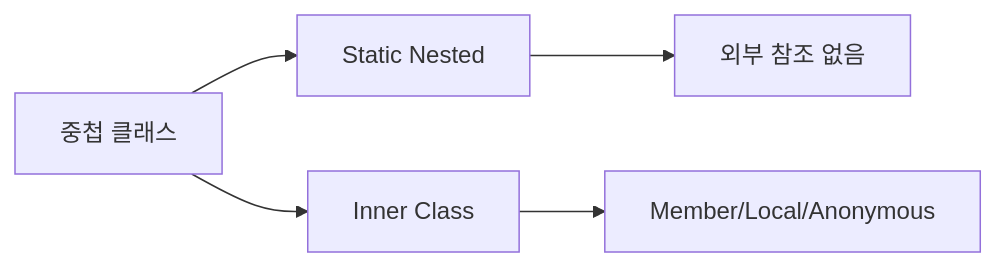
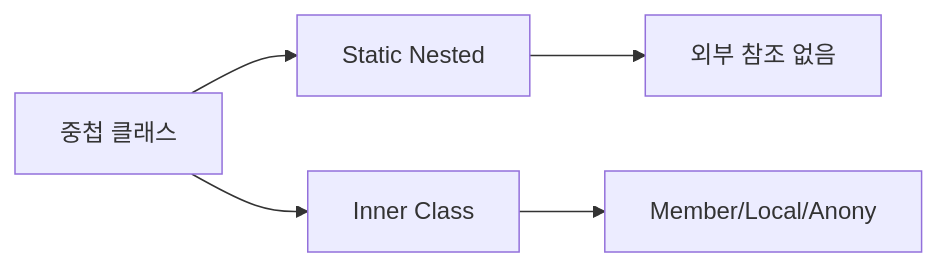
Before and after one commit to yjkim2015/yjkim2015.github.io: the first of 3 diagrams in _posts/java/2026-05-01-java-nested-class.md, drawn with Mermaid. The commit also changed other lines of this file and 245 other files, not shown here.

First line of the commit message:
Mermaid 다이어그램 전면 수정 + 면접 포인트 접기/펼치기 + DB 데드락 페이지

````diff
--- a/_posts/java/2026-05-01-java-nested-class.md
+++ b/_posts/java/2026-05-01-java-nested-class.md
@@ -20,7 +20,7 @@
 ```mermaid
 graph LR
     A["중첩 클래스"] --> B["Static Nested"]
     A --> C["Inner Class"]
     B --> B1["외부 참조 없음"]
-    C --> D["Member/Local/Anonymous"]
+    C --> D["Member/Local/Anony"]
 ```
````
